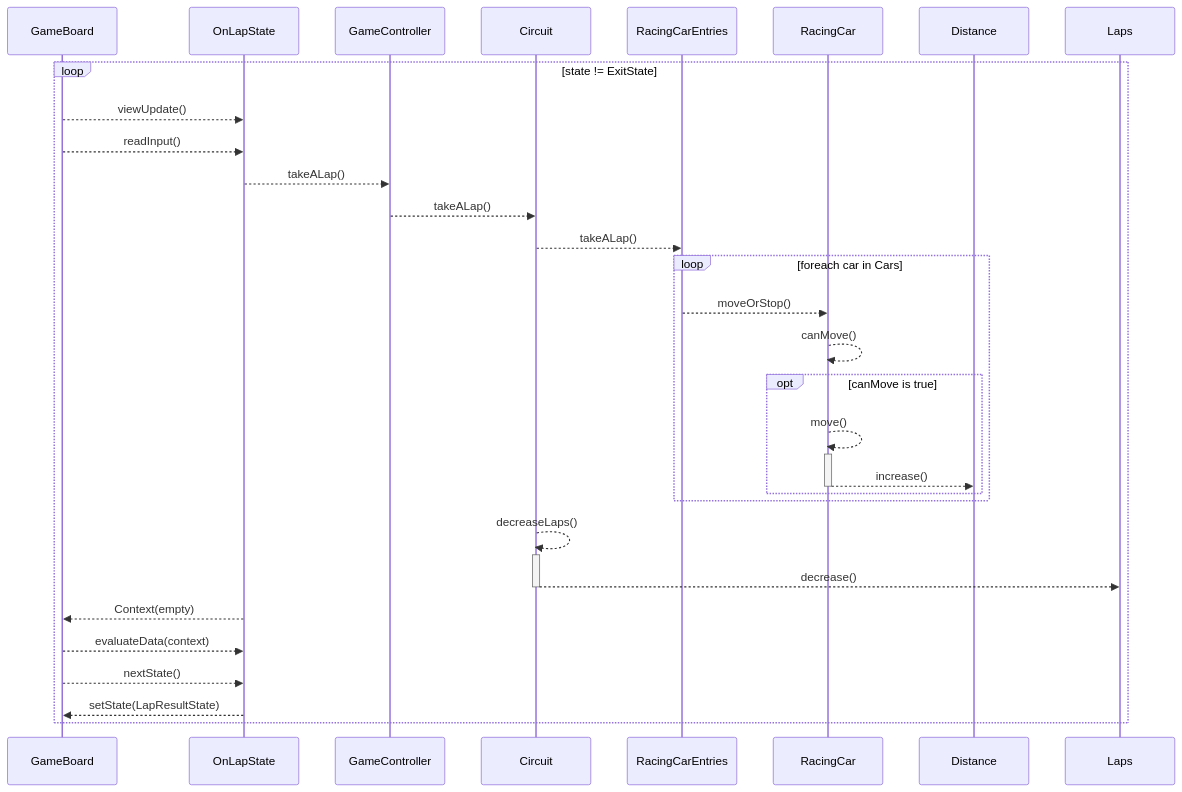
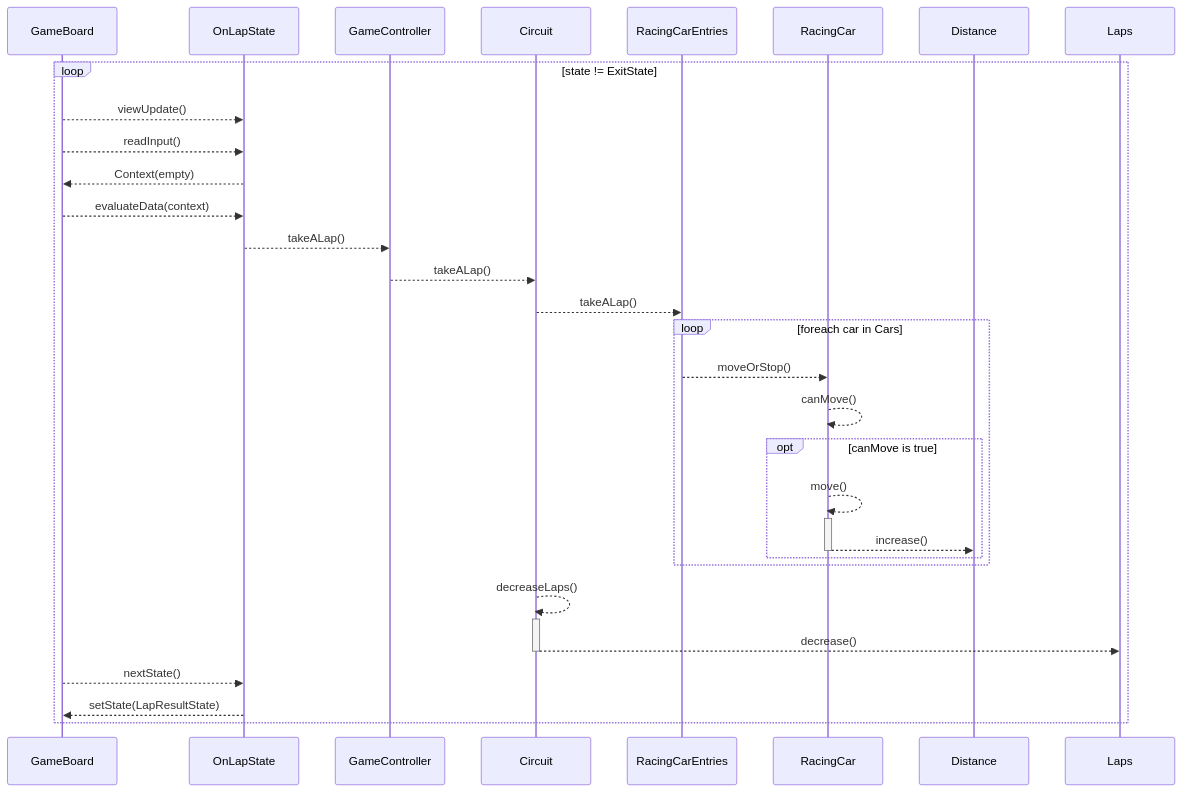
The fifth of 8 diagrams in docs/sequence_diagram.md (digiry/java-racingcar-precourse), drawn with Mermaid before and after one commit. The commit also changed other lines of this file, not shown here.

Commit message:
docs: update OnLap state in sequence diagram

````diff
--- a/docs/sequence_diagram.md
+++ b/docs/sequence_diagram.md
@@ -161,30 +161,30 @@
 ```mermaid
 sequenceDiagram
     loop state != ExitState
         GameBoard -->> OnLapState : viewUpdate()
 
         GameBoard -->> OnLapState : readInput()
+        OnLapState -->> GameBoard : Context(empty)
+
+        GameBoard -->> OnLapState : evaluateData(context)
 
         OnLapState -->> GameController : takeALap()
         GameController -->> Circuit : takeALap()
         Circuit -->> RacingCarEntries : takeALap()
 
         loop foreach car in Cars
             RacingCarEntries -->> RacingCar : moveOrStop()
             RacingCar -->> RacingCar : canMove()
             opt canMove is true
                 RacingCar -->>+ RacingCar : move()
                 RacingCar -->>- Distance : increase()
             end
         end 
 
         Circuit -->>+ Circuit : decreaseLaps()
         Circuit -->>- Laps : decrease()
-        OnLapState -->> GameBoard : Context(empty)
-
-        GameBoard -->> OnLapState : evaluateData(context)
 
         GameBoard -->> OnLapState : nextState()
         OnLapState -->> GameBoard : setState(LapResultState)
     end
 ```
````
